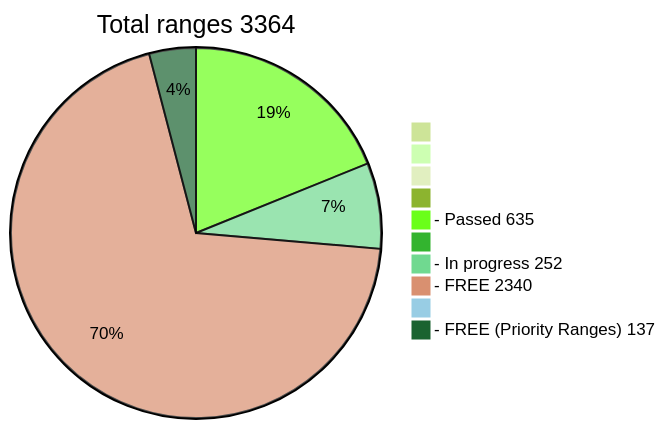
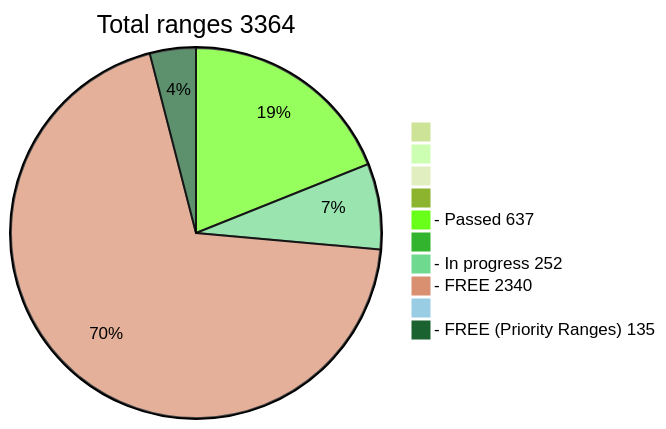
The diagram in README.md (phrutis/wif500), drawn with Mermaid (forest theme) before and after one commit.

````diff
--- a/README.md
+++ b/README.md
@@ -16,13 +16,13 @@
 ```mermaid
 pie title Total ranges 3364
              " " : 0
             "  " : 0
            "   " : 0
           "    " : 0
-  "- Passed 635" : 635
+  "- Passed 637" : 637
          "     " : 0
   "- In progress 252" : 252
    "- FREE 2340" : 2340
         "      " : 0
-  "- FREE (Priority Ranges) 137" : 137
+  "- FREE (Priority Ranges) 135" : 135
 ```
````
